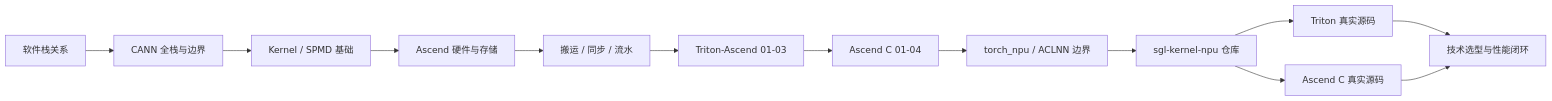
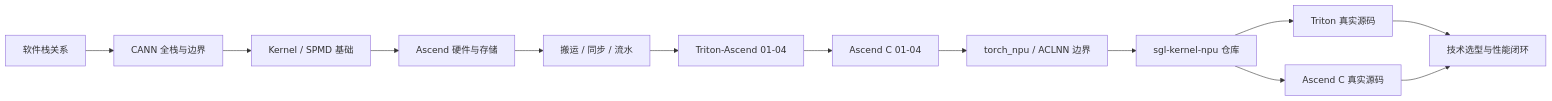
One commit to cl-vv-h/SGLang_Tutor changed the diagram in learning/ascend-kernel-infra/README.md. Above: the diagram before and after it, drawn with Mermaid. The commit also changed other lines of this file and 3 other files, not shown here.

Commit message:
docs: add Triton-Ascend compiler pipeline guide

````diff
--- a/learning/ascend-kernel-infra/README.md
+++ b/learning/ascend-kernel-infra/README.md
@@ -87,15 +88,15 @@
 ```mermaid
 flowchart LR
   A["软件栈关系"] --> B0["CANN 全栈与边界"]
   B0 --> B["Kernel / SPMD 基础"]
   B --> C["Ascend 硬件与存储"]
   C --> D["搬运 / 同步 / 流水"]
-  D --> E["Triton-Ascend 01-03"]
+  D --> E["Triton-Ascend 01-04"]
   E --> F["Ascend C 01-04"]
   F --> G["torch_npu / ACLNN 边界"]
   G --> H["sgl-kernel-npu 仓库"]
   H --> I["Triton 真实源码"]
   H --> J["Ascend C 真实源码"]
   I --> K["技术选型与性能闭环"]
   J --> K
 ```
````
